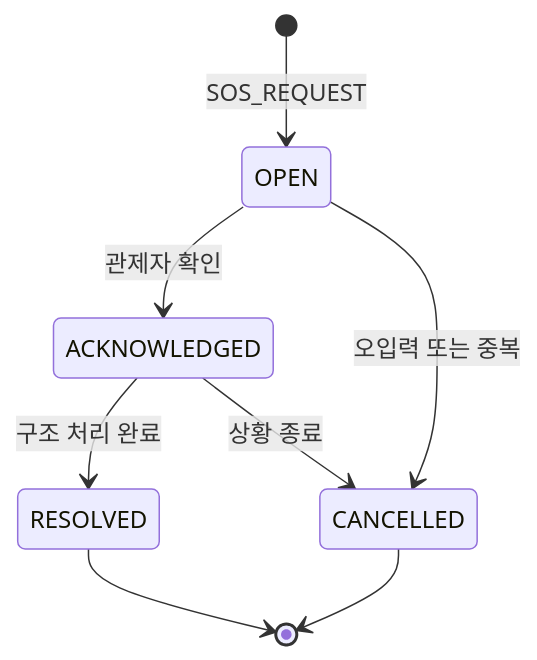
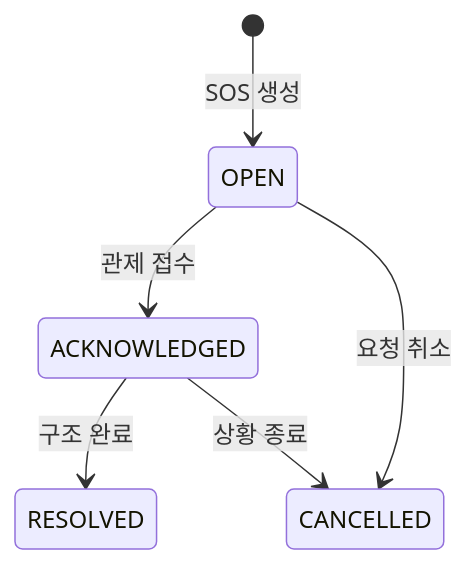
The tenth of 11 diagrams in Design_22212023_김지훈.md (xweoze/real-time-monitoring-system), drawn with Mermaid before and after one commit. The commit also changed other lines of this file and 3 other files, not shown here.

````diff
--- a/Design_22212023_김지훈.md
+++ b/Design_22212023_김지훈.md
@@ -617,10 +347,8 @@
 ```mermaid
 stateDiagram-v2
-    [*] --> OPEN: SOS_REQUEST
-    OPEN --> ACKNOWLEDGED: 관제자 확인
-    ACKNOWLEDGED --> RESOLVED: 구조 처리 완료
-    OPEN --> CANCELLED: 오입력 또는 중복
+    [*] --> OPEN: SOS 생성
+    OPEN --> ACKNOWLEDGED: 관제 접수
+    ACKNOWLEDGED --> RESOLVED: 구조 완료
+    OPEN --> CANCELLED: 요청 취소
     ACKNOWLEDGED --> CANCELLED: 상황 종료
-    RESOLVED --> [*]
-    CANCELLED --> [*]
 ```
````
